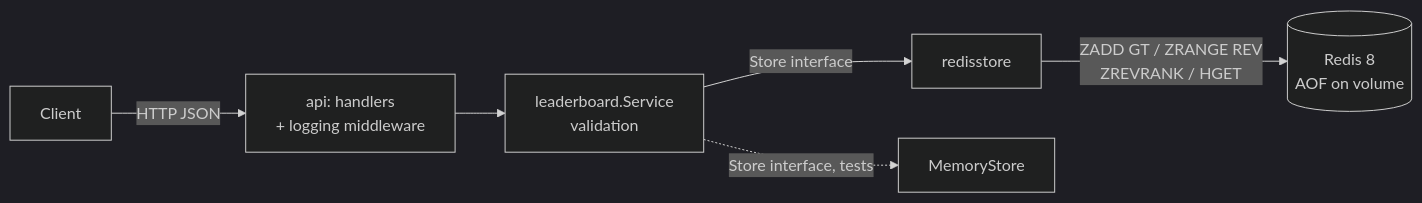
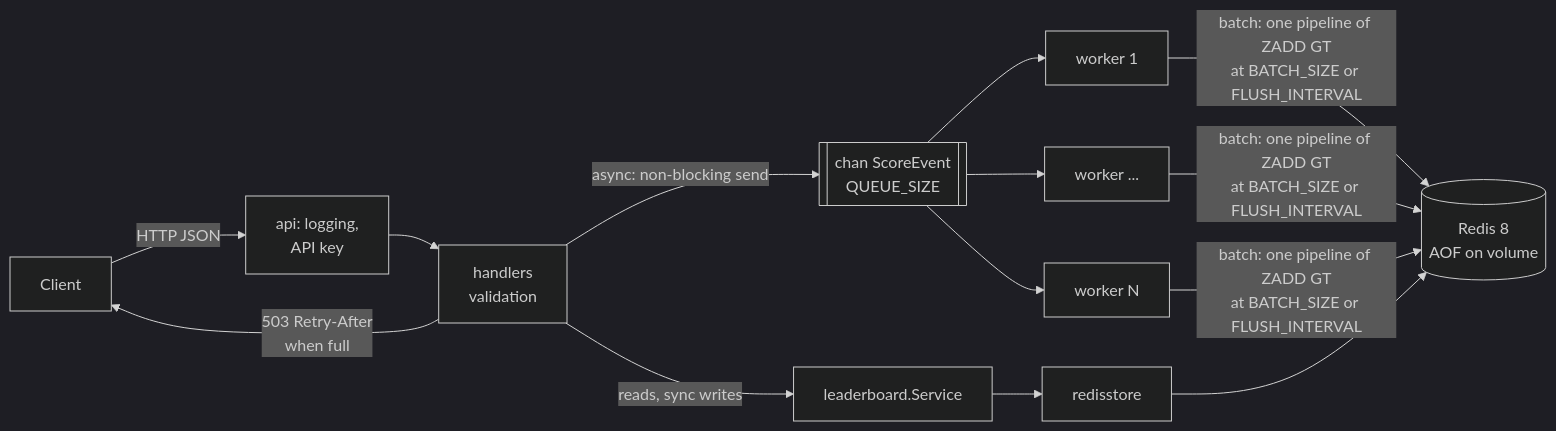
The diagram in README.md (agahatay/leaderboard), drawn with Mermaid (dark theme) before and after one commit. The commit also changed other lines of this file and 1 other file, not shown here.

````diff
--- a/README.md
+++ b/README.md
@@ -53,8 +62,12 @@
 ```mermaid
 flowchart LR
-    C[Client] -->|HTTP JSON| H[api: handlers<br/>+ logging middleware]
-    H --> S[leaderboard.Service<br/>validation]
-    S -->|Store interface| R[redisstore]
-    S -.->|Store interface, tests| M[MemoryStore]
-    R -->|ZADD GT / ZRANGE REV<br/>ZREVRANK / HGET| DB[(Redis 8<br/>AOF on volume)]
+    C[Client] -->|HTTP JSON| MW[api: logging,<br/>API key]
+    MW --> H[handlers<br/>validation]
+    H -->|async: non-blocking send| Q[[chan ScoreEvent<br/>QUEUE_SIZE]]
+    H -->|503 Retry-After<br/>when full| C
+    Q --> W1[worker 1]
+    Q --> W2[worker ...]
+    Q --> WN[worker N]
+    W1 & W2 & WN -->|batch: one pipeline of ZADD GT<br/>at BATCH_SIZE or FLUSH_INTERVAL| R[(Redis 8<br/>AOF on volume)]
+    H -->|reads, sync writes| S[leaderboard.Service] --> ST[redisstore] --> R
 ```
````
